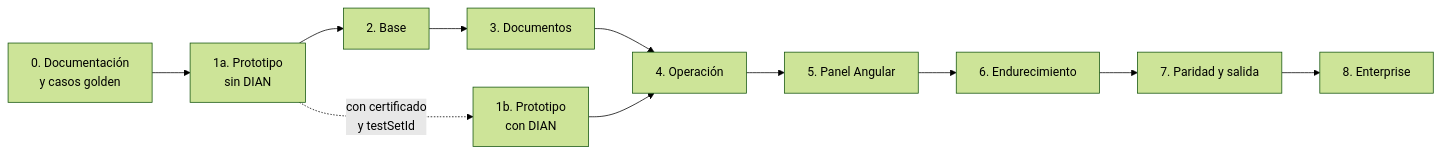
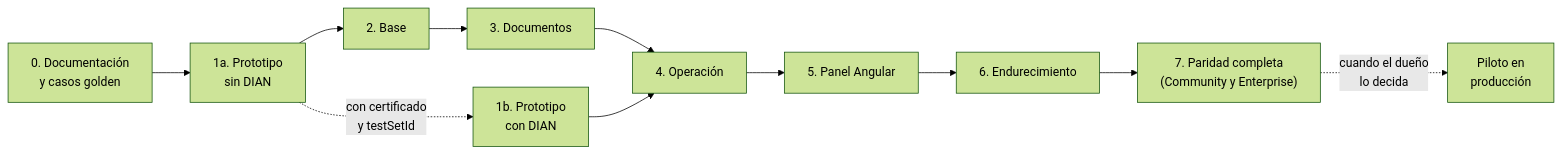
One commit to lordimpi/ImpiFact changed the third of 3 diagrams in docs/PRD.md. Above: the diagram before and after it, drawn with Mermaid (forest theme). The commit also changed other lines of this file, not shown here.

First line of the commit message:
docs(prd): phase 7 is the last one and brings the rest of Community and Enterprise

````diff
--- a/docs/PRD.md
+++ b/docs/PRD.md
@@ -491,8 +490,8 @@
 ```mermaid
 flowchart LR
   F0["0. Documentación<br/>y casos golden"] --> F1a["1a. Prototipo<br/>sin DIAN"]
   F1a --> F2["2. Base"] --> F3["3. Documentos"] --> F4["4. Operación"]
   F1a -.->|"con certificado<br/>y testSetId"| F1b["1b. Prototipo<br/>con DIAN"]
   F1b --> F4
-  F4 --> F5["5. Panel Angular"] --> F6["6. Endurecimiento"] --> F7["7. Paridad y salida"] --> F8["8. Enterprise"]
+  F4 --> F5["5. Panel Angular"] --> F6["6. Endurecimiento"] --> F7["7. Paridad completa<br/>(Community y Enterprise)"] -.->|"cuando el dueño<br/>lo decida"| P["Piloto en<br/>producción"]
 ```
````
